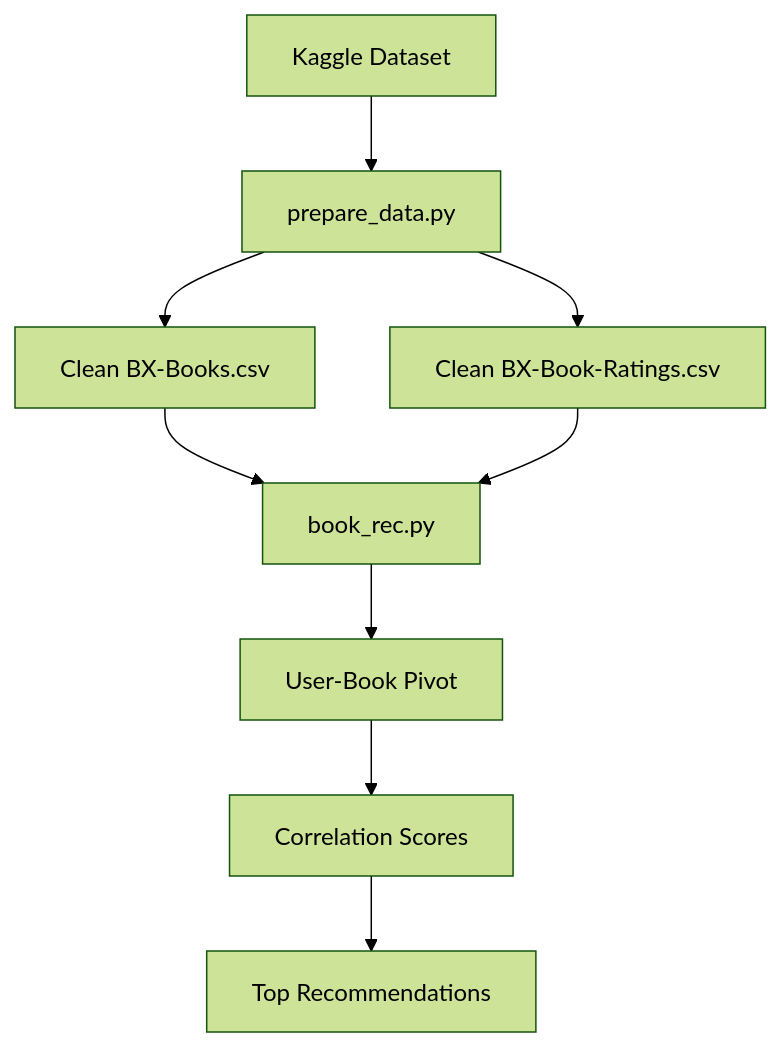
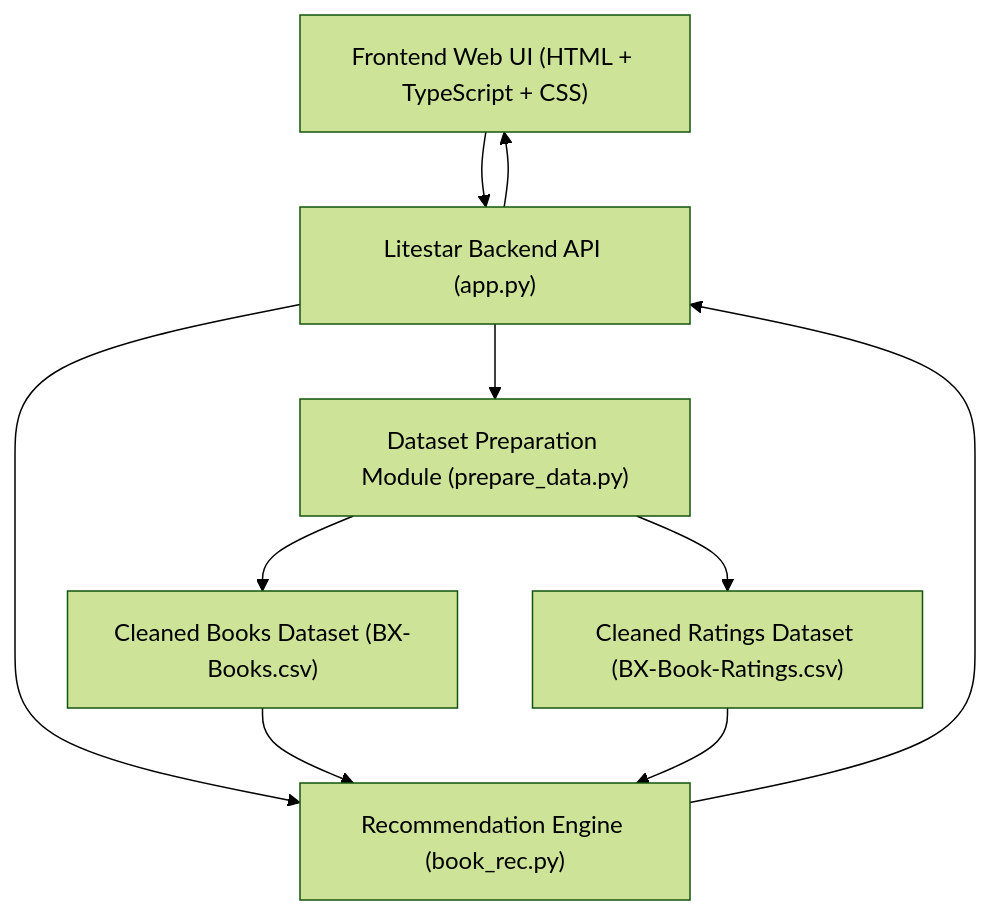
One commit to schenk98/small_projects changed the first of 2 diagrams in book_recommender/README.md. Above: the diagram before and after it, drawn with Mermaid (forest theme). The commit also changed other lines of this file and 13 other files, not shown here.

````diff
--- a/book_recommender/README.md
+++ b/book_recommender/README.md
@@ -15,11 +20,12 @@
 ```mermaid
 flowchart TD
-    A[Kaggle Dataset] --> B[prepare_data.py]
-    B --> C[Clean BX-Books.csv]
-    B --> D[Clean BX-Book-Ratings.csv]
-    C --> E[book_rec.py]
-    D --> E
-    E --> F[User-Book Pivot]
-    F --> G[Correlation Scores]
-    G --> H[Top Recommendations]
+    FrontendWebUI["Frontend Web UI (HTML + TypeScript + CSS)"] --> BackendApi["Litestar Backend API (app.py)"]
+    BackendApi --> DataPreparationModule["Dataset Preparation Module (prepare_data.py)"]
+    BackendApi --> RecommendationEngine["Recommendation Engine (book_rec.py)"]
+    DataPreparationModule --> CleanedBooksCsv["Cleaned Books Dataset (BX-Books.csv)"]
+    DataPreparationModule --> CleanedRatingsCsv["Cleaned Ratings Dataset (BX-Book-Ratings.csv)"]
+    CleanedBooksCsv --> RecommendationEngine
+    CleanedRatingsCsv --> RecommendationEngine
+    RecommendationEngine --> BackendApi
+    BackendApi --> FrontendWebUI
 ```
````
